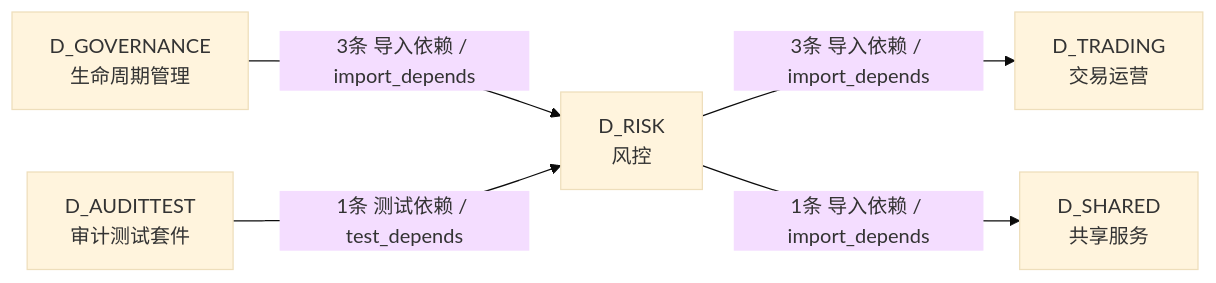
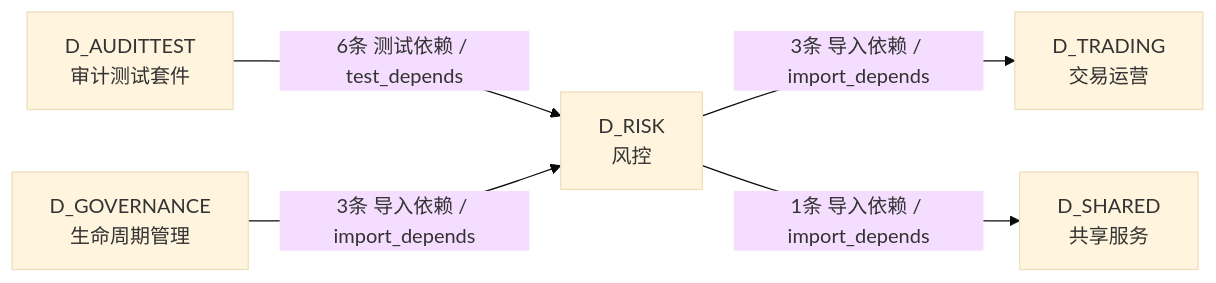
Before and after one commit to xuanFelixVan/ZephyrAlpha: the fourth of 4 diagrams in docs/02_enterprise_architecture/02_domain_architecture_docs/52_d_risk.md, drawn with Mermaid (base theme). The commit also changed other lines of this file and 112 other files, not shown here.

````diff
--- a/docs/02_enterprise_architecture/02_domain_architecture_docs/52_d_risk.md
+++ b/docs/02_enterprise_architecture/02_domain_architecture_docs/52_d_risk.md
@@ -252,12 +252,12 @@
 ```mermaid
 graph LR
     D_RISK["D_RISK<br/>风控"]
     D_TRADING["D_TRADING<br/>交易运营"]
     D_SHARED["D_SHARED<br/>共享服务"]
+    D_AUDITTEST["D_AUDITTEST<br/>审计测试套件"]
     D_GOVERNANCE["D_GOVERNANCE<br/>生命周期管理"]
-    D_AUDITTEST["D_AUDITTEST<br/>审计测试套件"]
     D_RISK -->|3条 导入依赖 / import_depends| D_TRADING
     D_RISK -->|1条 导入依赖 / import_depends| D_SHARED
+    D_AUDITTEST -->|6条 测试依赖 / test_depends| D_RISK
     D_GOVERNANCE -->|3条 导入依赖 / import_depends| D_RISK
-    D_AUDITTEST -->|1条 测试依赖 / test_depends| D_RISK
 ```
````
